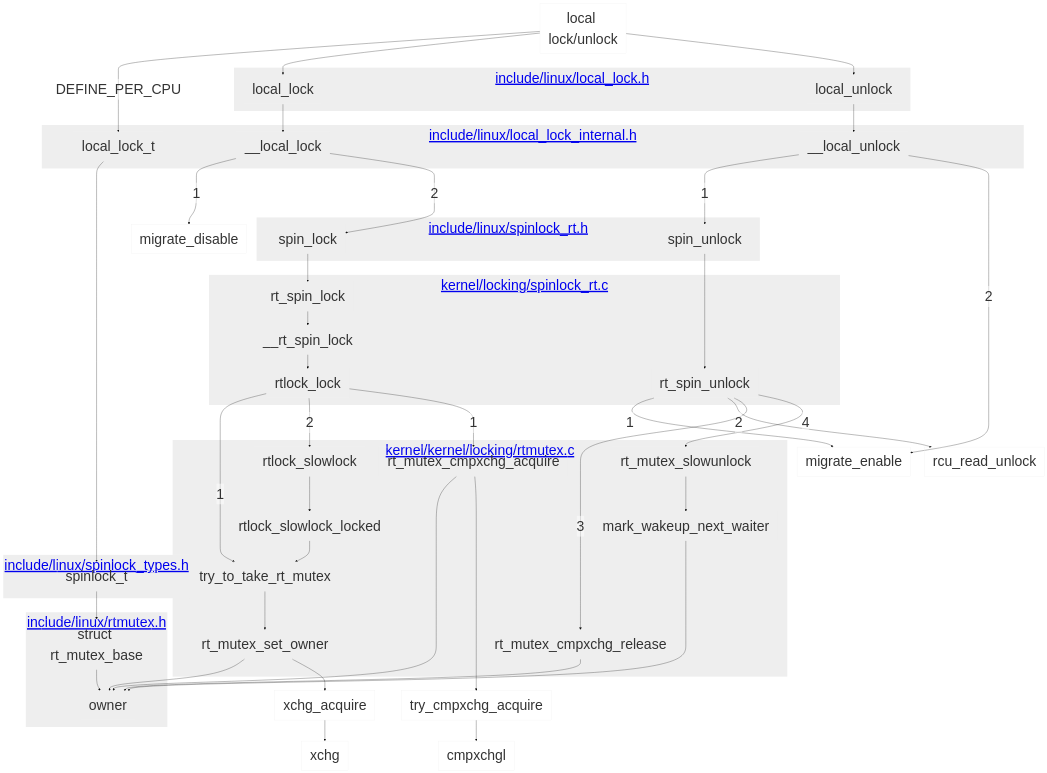
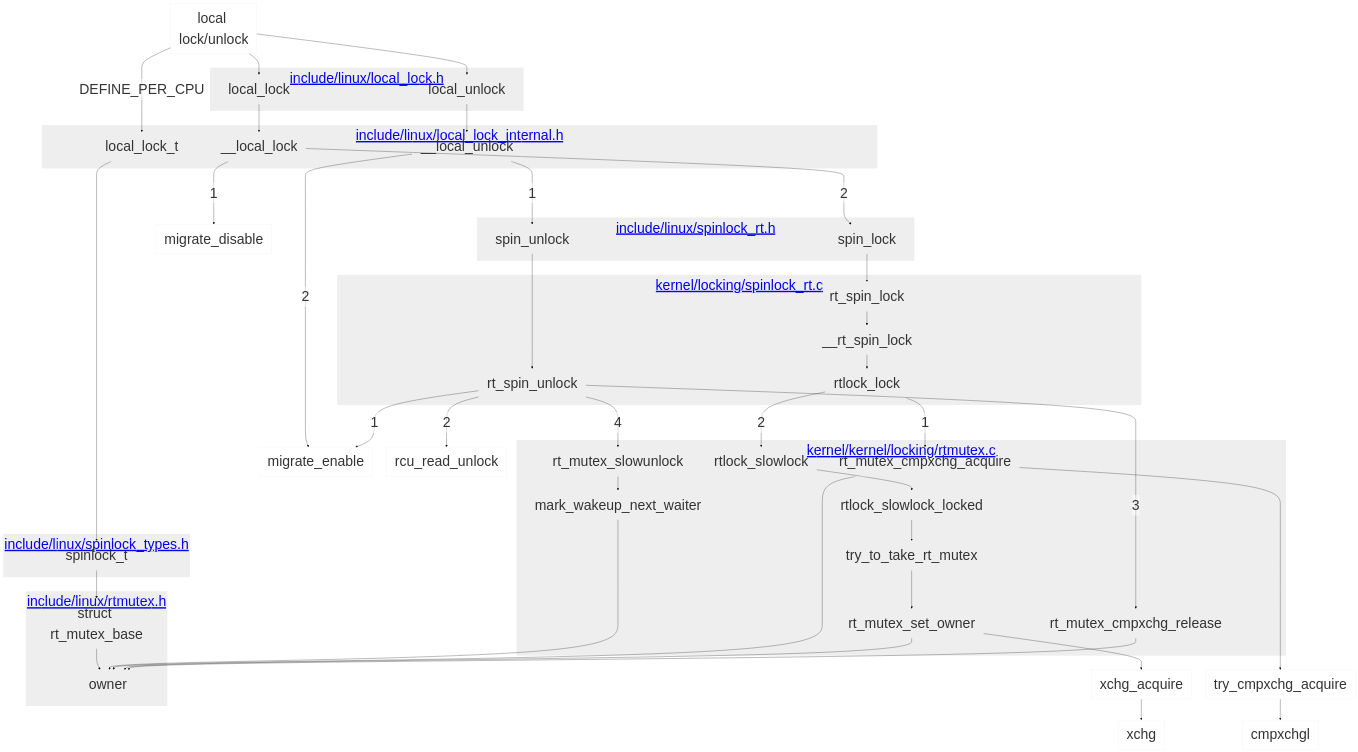
The second of 2 diagrams in rt-locks.md (makelinux/linux_kernel_map), drawn with Mermaid before and after one commit.

Commit message:
-rtlock_lock -->|1| try_to_take_rt_mutex

````diff
--- a/rt-locks.md
+++ b/rt-locks.md
@@ -59,71 +59,70 @@
 ```mermaid
 %%{
 	init: {
 		'theme': 'base',
 		'themeVariables': {
         		'primaryColor': '#fff0',
         		'primaryBorderColor': '#eeef',
 			'clusterBkg': '#eeef',
 			'fontSize':'50px'
 		}
 	}
 }%%
 graph TB
 local["local lock/unlock"] -->|DEFINE_PER_CPU| local_lock_t
 local --> local_lock & local_unlock
 local_lock_t ----> spinlock_t
 subgraph "<a href=https://elixir.bootlin.com/linux/latest/source/include/linux/rtmutex.h>include/linux/rtmutex.h</a>"
 rt_mutex_base["struct rt_mutex_base"] --> owner
 end
 
 subgraph "<a href=https://elixir.bootlin.com/linux/latest/source/include/linux/spinlock_types.h>include/linux/spinlock_types.h</a>"
 spinlock_t --> rt_mutex_base
 end
 
 subgraph "<a href=https://elixir.bootlin.com/linux/latest/source/include/linux/local_lock.h>include/linux/local_lock.h</a>"
 local_lock
 local_unlock
 end
 subgraph "<a href=https://elixir.bootlin.com/linux/latest/source/include/linux/local_lock_internal.h>include/linux/local_lock_internal.h</a>"
 local_lock_t
 __local_lock
 __local_unlock
 end
 subgraph "<a href=https://elixir.bootlin.com/linux/latest/source/include/linux/spinlock_rt.h>include/linux/spinlock_rt.h</a>"
 %% spin_lock_irqsave --> spin_lock
 spin_lock
 spin_unlock
 %% spin_unlock_irqrestore
 end
 subgraph "<a href=https://elixir.bootlin.com/linux/latest/source/kernel/locking/spinlock_rt.c>kernel/locking/spinlock_rt.c</a>"
 rt_spin_lock --> __rt_spin_lock --> rtlock_lock
 %% spin_unlock_irqrestore --> rt_spin_unlock
 rt_spin_unlock
 end
 local_lock --> __local_lock --->|1| migrate_disable
 __local_lock -->|2| spin_lock --> rt_spin_lock
-rtlock_lock -->|1| try_to_take_rt_mutex
 
 subgraph "<a href=https://elixir.bootlin.com/linux/latest/source/kernel/kernel/locking/rtmutex.c>kernel/kernel/locking/rtmutex.c</a>"
 rtlock_lock -->|2| rtlock_slowlock --> rtlock_slowlock_locked
 --> try_to_take_rt_mutex --> rt_mutex_set_owner
 rtlock_lock -->|1| rt_mutex_cmpxchg_acquire
 rt_mutex_cmpxchg_release
 rt_mutex_slowunlock --> mark_wakeup_next_waiter --> owner
 end
 rt_mutex_cmpxchg_acquire --> owner
 rt_mutex_cmpxchg_acquire -----> try_cmpxchg_acquire --> cmpxchgl
 
 rt_mutex_set_owner --> owner
 rt_mutex_set_owner --> xchg_acquire -->xchg
 
 local_unlock --> __local_unlock --->|1| spin_unlock
 __local_unlock -->|2| migrate_enable
 spin_unlock ---> rt_spin_unlock
 rt_spin_unlock -->|1| migrate_enable
 rt_mutex_cmpxchg_release --> owner
 rt_spin_unlock -->|2| rcu_read_unlock
 rt_spin_unlock -->|3| rt_mutex_cmpxchg_release
 rt_spin_unlock -->|4| rt_mutex_slowunlock
 local_lock_t ~~~ spin_lock
 ```
````
